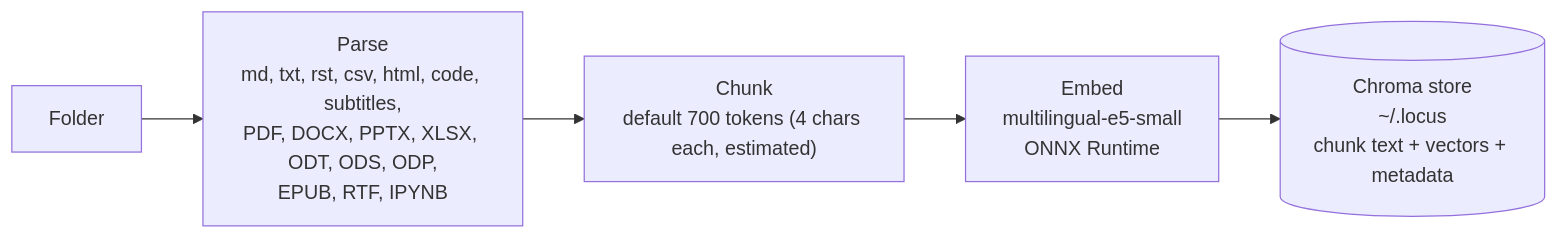
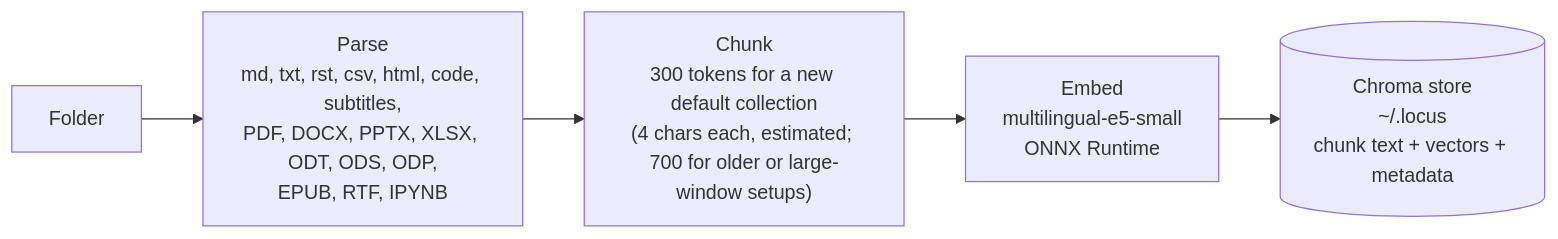
One commit to yonilev2003/locusfiles changed the second of 3 diagrams in README.md. Above: the diagram before and after it, drawn with Mermaid. The commit also changed other lines of this file and 3 other files, not shown here.

````diff
--- a/README.md
+++ b/README.md
@@ -90,7 +91,7 @@
 ```mermaid
 flowchart LR
     F["Folder"] --> P["Parse<br/>md, txt, rst, csv, html, code, subtitles,<br/>PDF, DOCX, PPTX, XLSX, ODT, ODS, ODP,<br/>EPUB, RTF, IPYNB"]
-    P --> K["Chunk<br/>default 700 tokens (4 chars each, estimated)"]
+    P --> K["Chunk<br/>300 tokens for a new default collection<br/>(4 chars each, estimated; 700 for older or large-window setups)"]
     K --> E["Embed<br/>multilingual-e5-small<br/>ONNX Runtime"]
     E --> S[("Chroma store<br/>~/.locus<br/>chunk text + vectors + metadata")]
 ```
````
